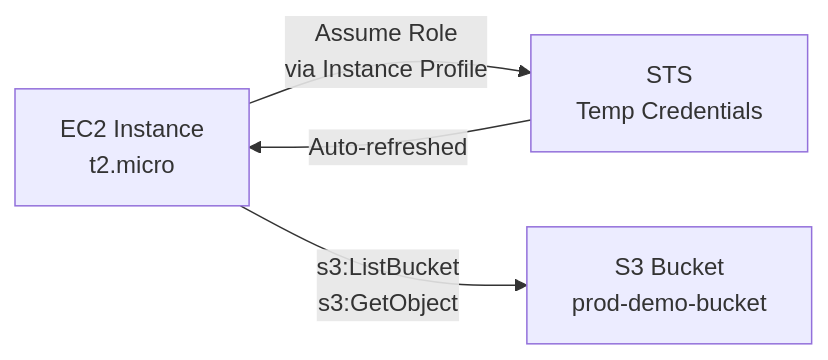
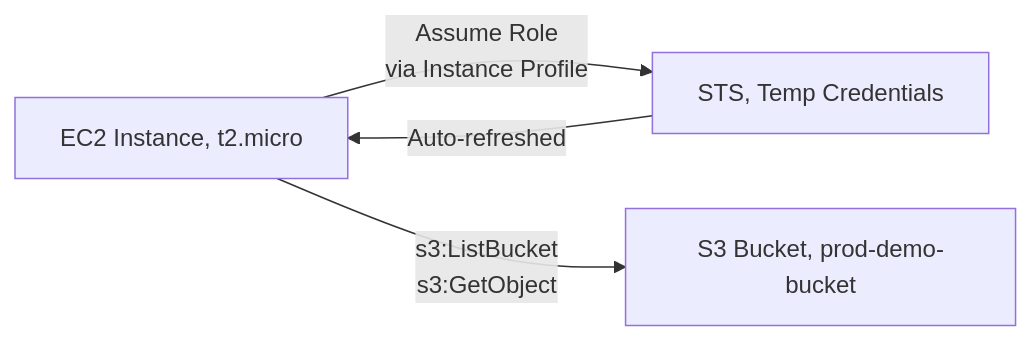
The fifth of 5 diagrams in Chapter_01_AWS_IAM.md (DeeptiShuklaProject/Uday_AWS), drawn with Mermaid before and after one commit. The commit also changed other lines of this file and 34 other files, not shown here.

Commit message:
Fix mermaid diagrams syntax across all chapters (quote labels and remove HTML)

````diff
--- a/Chapter_01_AWS_IAM.md
+++ b/Chapter_01_AWS_IAM.md
@@ -1602,6 +1602,6 @@
 ```mermaid
 flowchart LR
-    EC2[EC2 Instance<br>t2.micro] -->|Assume Role<br>via Instance Profile| STS[STS<br>Temp Credentials]
+    EC2["EC2 Instance, t2.micro"] -->|Assume Role<br>via Instance Profile| STS["STS, Temp Credentials"]
     STS -->|Auto-refreshed| EC2
-    EC2 -->|s3:ListBucket<br>s3:GetObject| S3[S3 Bucket<br>prod-demo-bucket]
+    EC2 -->|s3:ListBucket<br>s3:GetObject| S3["S3 Bucket, prod-demo-bucket"]
 ```
````
